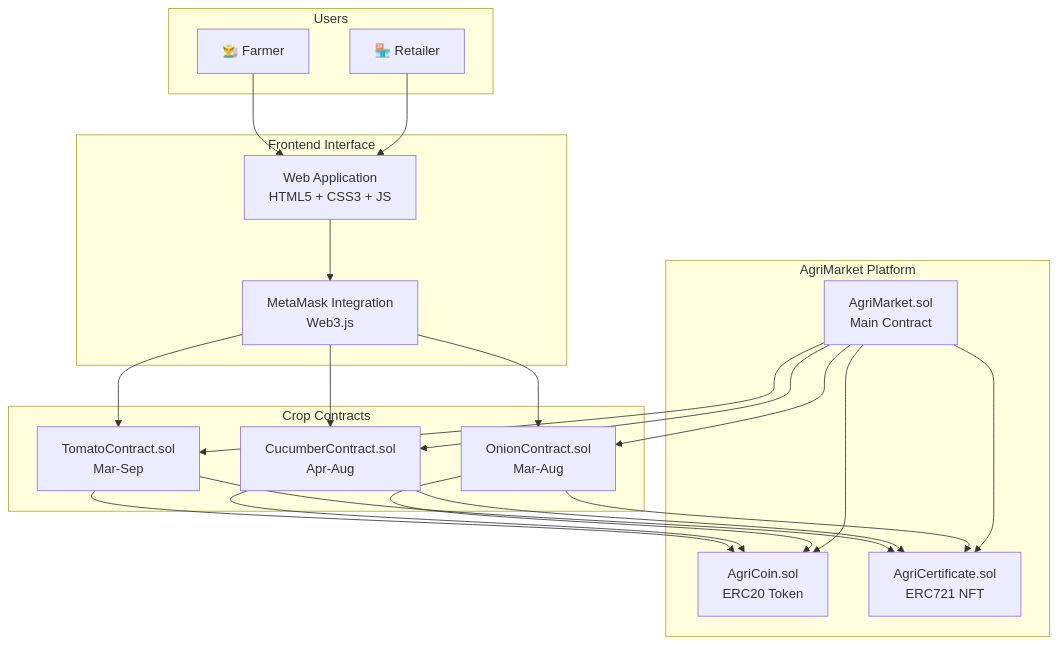
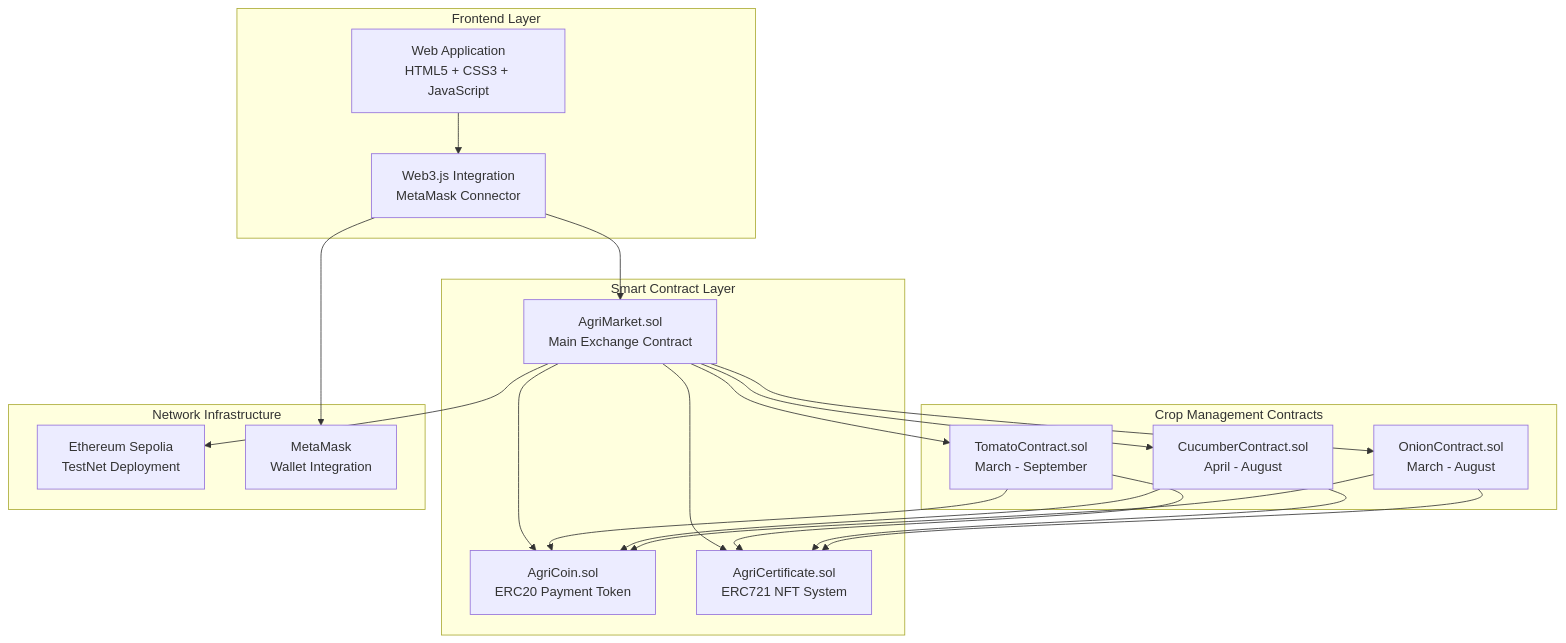
Before and after one commit to AdirGelkop/AgriMarket: the diagram in README.md, drawn with Mermaid. The commit also changed other lines of this file, not shown here.

````diff
--- a/README.md
+++ b/README.md
@@ -18,45 +19,43 @@
 ```mermaid
 graph TB
-    subgraph "Frontend Interface"
-        FUI[Web Application<br/>HTML5 + CSS3 + JS]
-        MM[MetaMask Integration<br/>Web3.js]
+    subgraph "Frontend Layer"
+        UI[Web Application<br/>HTML5 + CSS3 + JavaScript]
+        W3[Web3.js Integration<br/>MetaMask Connector]
     end
     
-    subgraph "AgriMarket Platform"
-        AM[AgriMarket.sol<br/>Main Contract]
-        AC[AgriCoin.sol<br/>ERC20 Token]
-        CERT[AgriCertificate.sol<br/>ERC721 NFT]
+    subgraph "Smart Contract Layer"
+        AM[AgriMarket.sol<br/>Main Exchange Contract]
+        AC[AgriCoin.sol<br/>ERC20 Payment Token]
+        CERT[AgriCertificate.sol<br/>ERC721 NFT System]
     end
     
-    subgraph "Crop Contracts"
-        TC[TomatoContract.sol<br/>Mar-Sep]
-        CC[CucumberContract.sol<br/>Apr-Aug]
-        OC[OnionContract.sol<br/>Mar-Aug]
+    subgraph "Crop Management Contracts"
+        TC[TomatoContract.sol<br/>March - September]
+        CC[CucumberContract.sol<br/>April - August]
+        OC[OnionContract.sol<br/>March - August]
     end
     
-    subgraph "Users"
-        F[👨‍🌾 Farmer]
-        R[🏪 Retailer]
+    subgraph "Network Infrastructure"
+        ETH[Ethereum Sepolia<br/>TestNet Deployment]
+        MM[MetaMask<br/>Wallet Integration]
     end
     
-    F --> FUI
-    R --> FUI
-    FUI --> MM
-    MM --> TC
-    MM --> CC
-    MM --> OC
+    UI --> W3
+    W3 --> AM
+    AM --> AC
+    AM --> CERT
+    AM --> TC
+    AM --> CC
+    AM --> OC
     
     TC --> AC
     CC --> AC
     OC --> AC
     
     TC --> CERT
     CC --> CERT
     OC --> CERT
     
-    AM --> AC
-    AM --> CERT
-    AM --> TC
-    AM --> CC
-    AM --> OC
+    W3 --> MM
+    AM --> ETH
 ```
````
